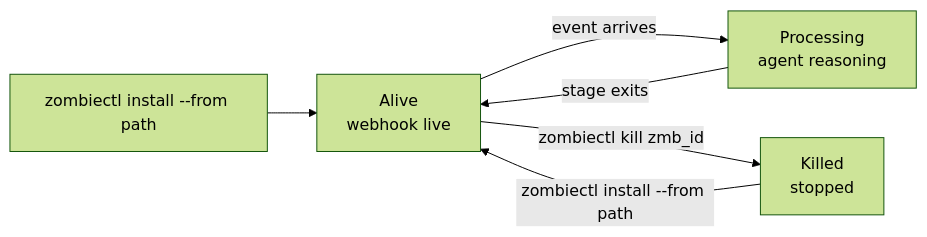
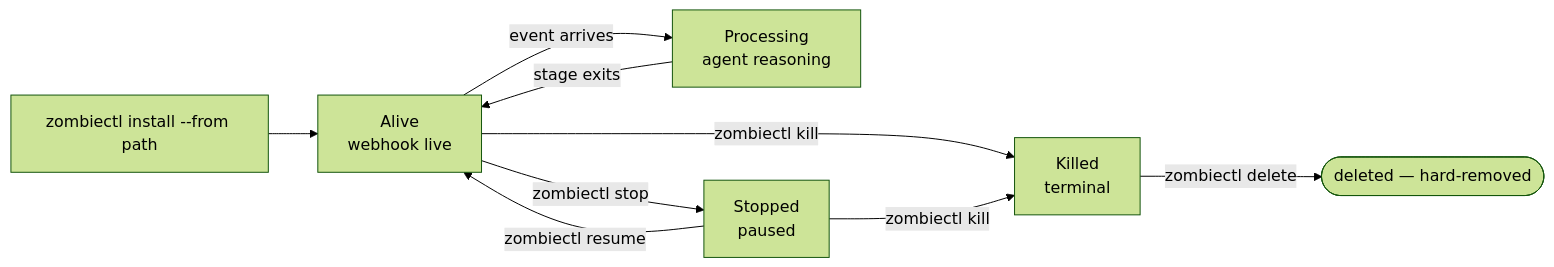
One commit to agentsfleet/docs changed the diagram in zombies/overview.mdx. Above: the diagram before and after it, drawn with Mermaid (forest theme). The commit also changed other lines of this file and 4 other files, not shown here.

First line of the commit message:
docs(m72_001): voice + install-path + concepts reconciliation against architecture

````diff
--- a/zombies/overview.mdx
+++ b/zombies/overview.mdx
@@ -16,8 +16,11 @@
 ```mermaid
 flowchart LR
     Install[zombiectl install --from path] --> Alive[Alive<br/>webhook live]
     Alive -->|event arrives| Processing[Processing<br/>agent reasoning]
     Processing -->|stage exits| Alive
-    Alive -->|zombiectl kill zmb_id| Killed[Killed<br/>stopped]
-    Killed -->|zombiectl install --from path| Alive
+    Alive -->|zombiectl stop| Stopped[Stopped<br/>paused]
+    Stopped -->|zombiectl resume| Alive
+    Alive -->|zombiectl kill| Killed[Killed<br/>terminal]
+    Stopped -->|zombiectl kill| Killed
+    Killed -->|zombiectl delete| Deleted([deleted — hard-removed])
 ```
````
